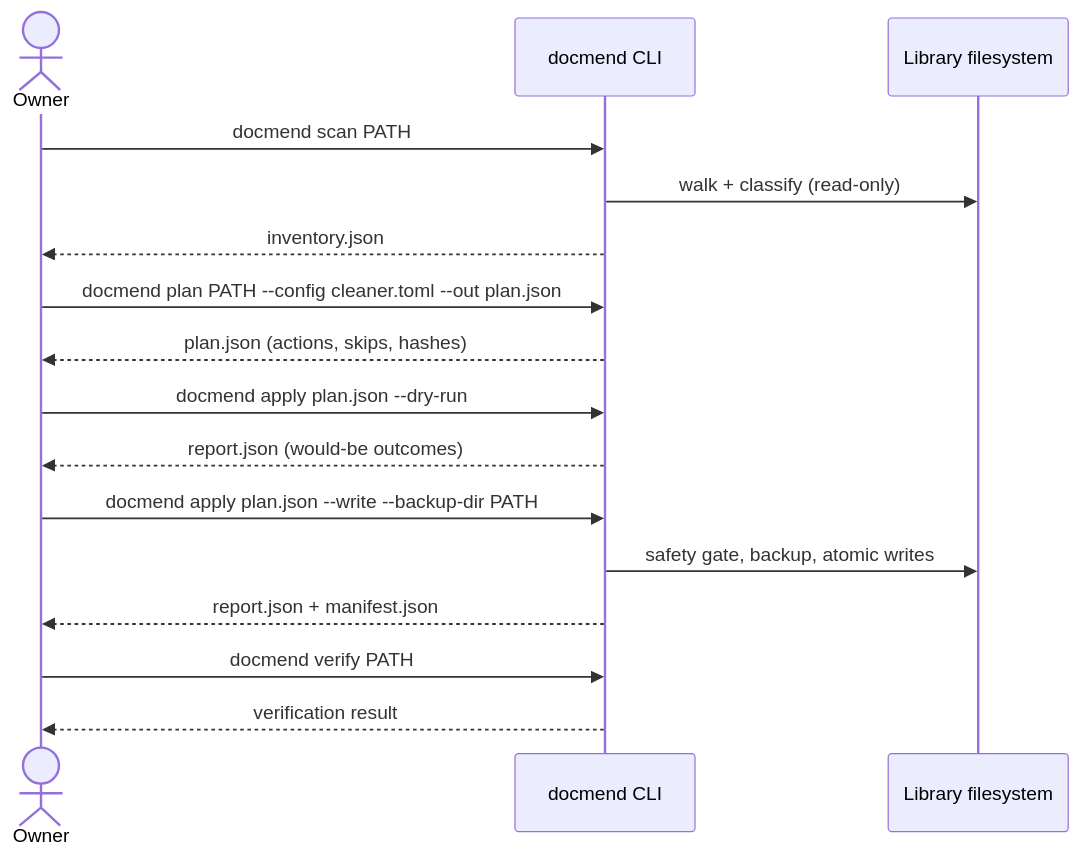
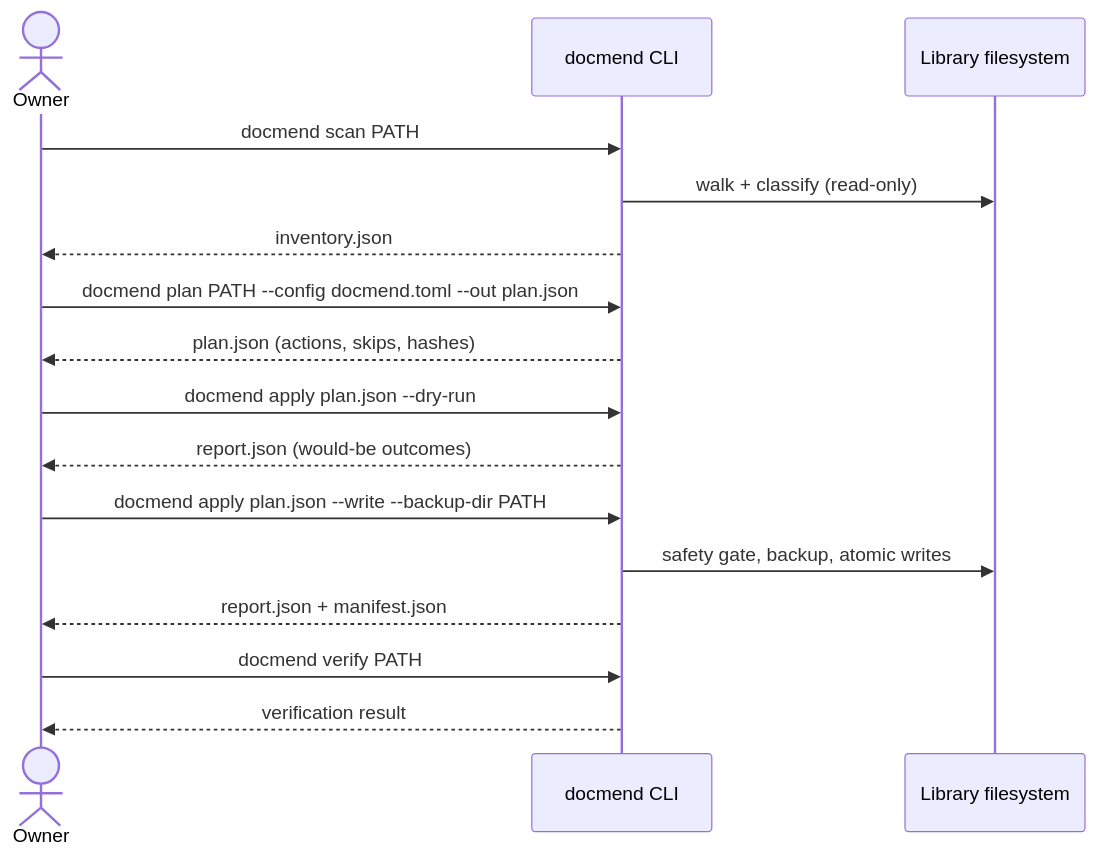
The third of 4 diagrams in docs/specs/docmend.md (chrisdpurcell/docmend), drawn with Mermaid before and after one commit. The commit also changed other lines of this file and 8 other files, not shown here.

````diff
--- a/docs/specs/docmend.md
+++ b/docs/specs/docmend.md
@@ -587,19 +587,19 @@
 ```mermaid
 sequenceDiagram
     actor Owner
     participant CLI as docmend CLI
     participant FS as Library filesystem
 
     Owner->>CLI: docmend scan PATH
     CLI->>FS: walk + classify (read-only)
     CLI-->>Owner: inventory.json
-    Owner->>CLI: docmend plan PATH --config cleaner.toml --out plan.json
+    Owner->>CLI: docmend plan PATH --config docmend.toml --out plan.json
     CLI-->>Owner: plan.json (actions, skips, hashes)
     Owner->>CLI: docmend apply plan.json --dry-run
     CLI-->>Owner: report.json (would-be outcomes)
     Owner->>CLI: docmend apply plan.json --write --backup-dir PATH
     CLI->>FS: safety gate, backup, atomic writes
     CLI-->>Owner: report.json + manifest.json
     Owner->>CLI: docmend verify PATH
     CLI-->>Owner: verification result
 ```
````
